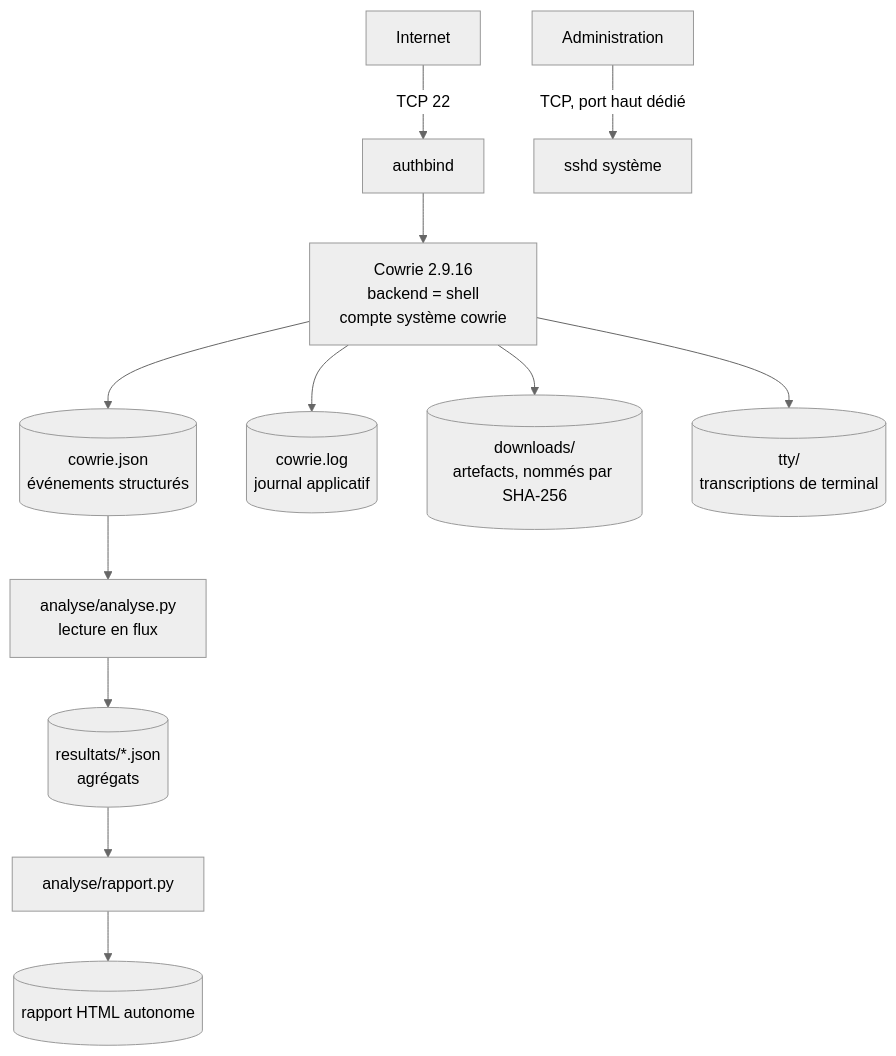
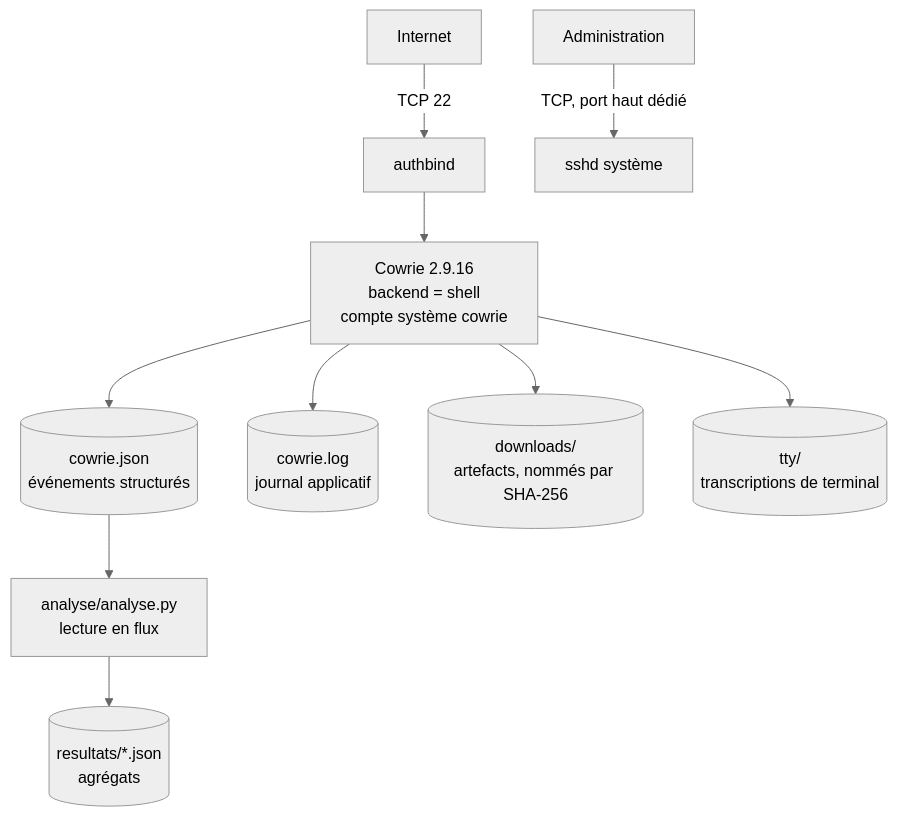
The diagram in README.md (bouh-d/honeypot-analysis), drawn with Mermaid (neutral theme) before and after one commit. The commit also changed other lines of this file and 7 other files, not shown here.

First line of the commit message:
refactor: retrait du rapport HTML

````diff
--- a/README.md
+++ b/README.md
@@ -35,14 +35,12 @@
 ```mermaid
 flowchart TD
     net[Internet] -->|TCP 22| ab[authbind]
     ab --> cowrie["Cowrie 2.9.16<br/>backend = shell<br/>compte système cowrie"]
     cowrie --> json[("cowrie.json<br/>événements structurés")]
     cowrie --> applog[("cowrie.log<br/>journal applicatif")]
     cowrie --> dl[("downloads/<br/>artefacts, nommés par SHA-256")]
     cowrie --> tty[("tty/<br/>transcriptions de terminal")]
     json --> analyse["analyse/analyse.py<br/>lecture en flux"]
     analyse --> stats[("resultats/*.json<br/>agrégats")]
-    stats --> rapport["analyse/rapport.py"]
-    rapport --> html[("rapport HTML autonome")]
     admin[Administration] -->|TCP, port haut dédié| sshd[sshd système]
 ```
````
